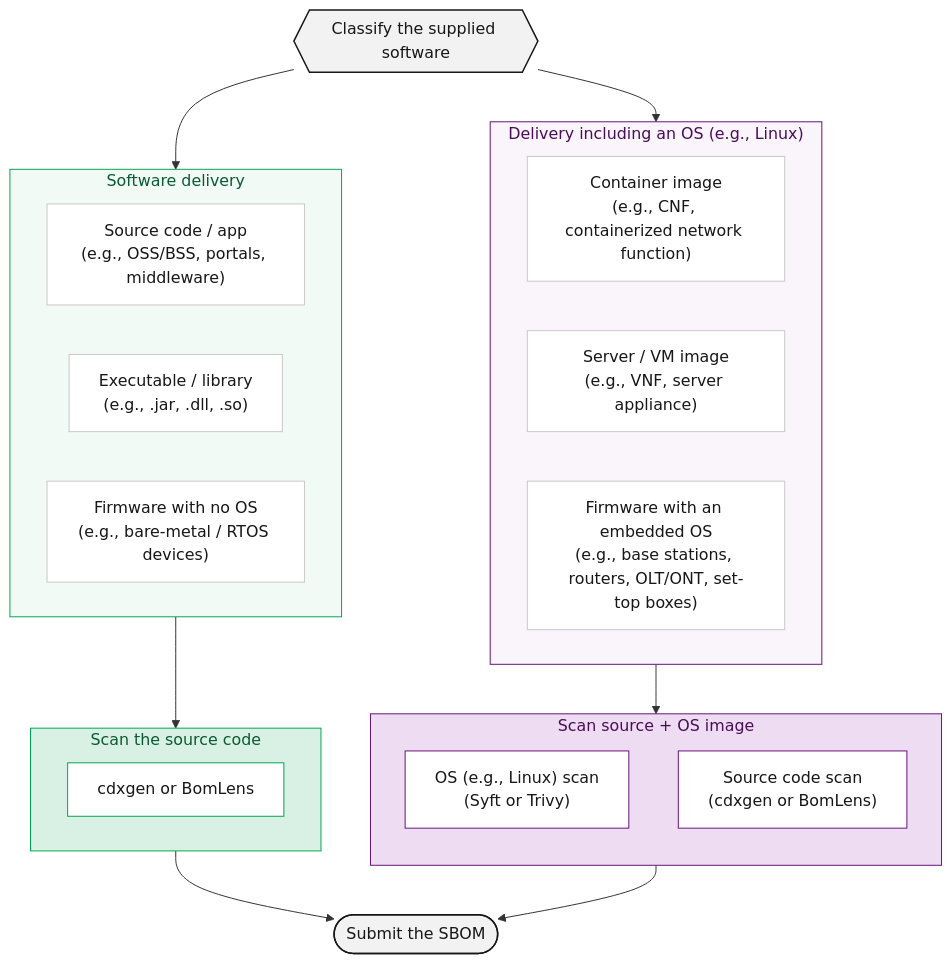
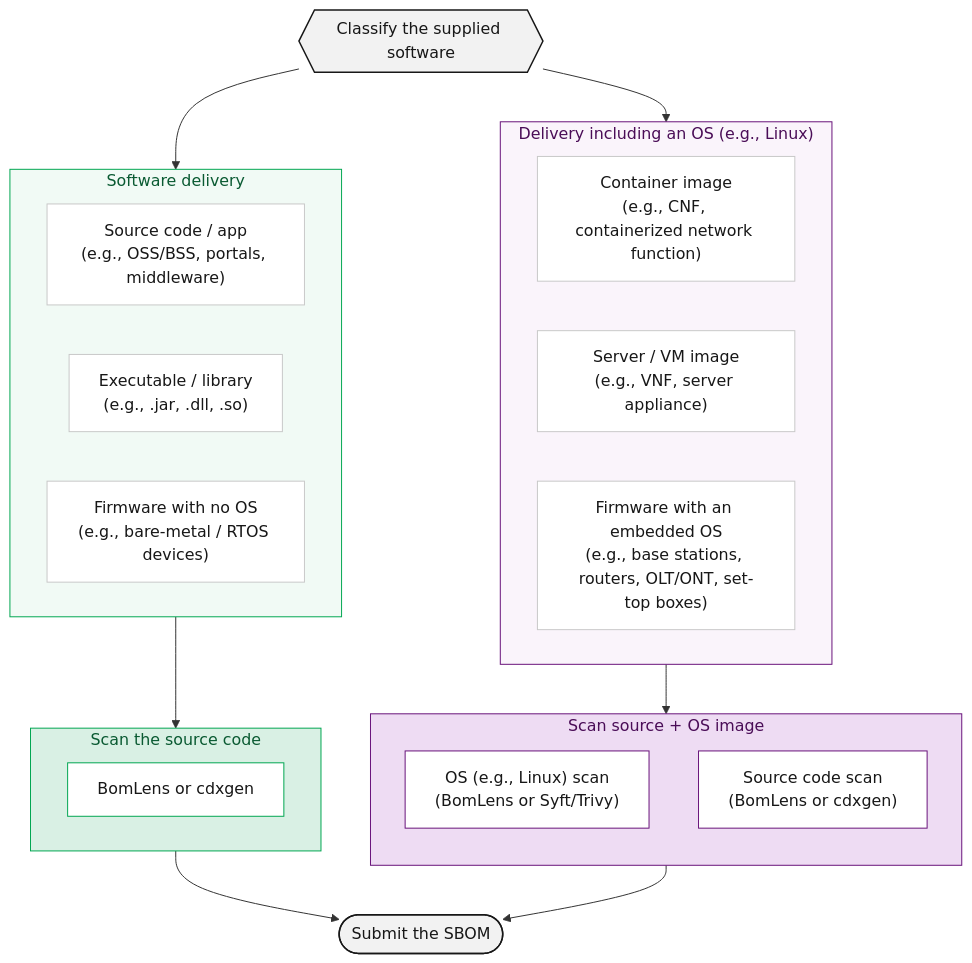
One commit to sktelecom/sktelecom.github.io changed the diagram in content/en/guide/supply-chain/for-suppliers/creation-guide/_index.md. Above: the diagram before and after it, drawn with Mermaid. The commit also changed other lines of this file and 9 other files, not shown here.

First line of the commit message:
docs(supply-chain): recommend BomLens ahead of open source tools

````diff
--- a/content/en/guide/supply-chain/for-suppliers/creation-guide/_index.md
+++ b/content/en/guide/supply-chain/for-suppliers/creation-guide/_index.md
@@ -16,63 +16,63 @@
 ```mermaid
 graph TD
     A{{"Classify the supplied software"}}
 
     subgraph G1["Software delivery"]
       direction LR
       T1["Source code / app<br>(e.g., OSS/BSS, portals, middleware)"]
       T2["Executable / library<br>(e.g., .jar, .dll, .so)"]
       T3["Firmware with no OS<br>(e.g., bare-metal / RTOS devices)"]
     end
 
     subgraph G2["Delivery including an OS (e.g., Linux)"]
       direction LR
       T4["Container image<br>(e.g., CNF, containerized network function)"]
       T5["Server / VM image<br>(e.g., VNF, server appliance)"]
       T6["Firmware with an embedded OS<br>(e.g., base stations, routers, OLT/ONT, set-top boxes)"]
     end
 
     %% Left: source-code scan with an inner box
     subgraph M1["Scan the source code"]
-      M1_Sub["cdxgen or BomLens"]
+      M1_Sub["BomLens or cdxgen"]
     end
 
     %% Right: source + OS image scan with inner boxes (stacked vertically)
     subgraph M2["Scan source + OS image"]
       direction TB
-      M2_Top["OS (e.g., Linux) scan<br>(Syft or Trivy)"]
-      M2_Bottom["Source code scan<br>(cdxgen or BomLens)"]
+      M2_Top["OS (e.g., Linux) scan<br>(BomLens or Syft/Trivy)"]
+      M2_Bottom["Source code scan<br>(BomLens or cdxgen)"]
     end
 
     A --> G1
     A --> G2
     
     %% Connect only to the group borders (one arrow per box)
     G1 --> M1
     G2 --> M2
     
     %% Groups flow to the next step
     M1 --> P(["Submit the SBOM"])
     M2 --> P
 
     classDef start fill:#F2F2F2,stroke:#171717,color:#171717,stroke-width:1.5px
     classDef typebox fill:#ffffff,stroke:#c8c8c8,color:#171717,stroke-width:1px
     classDef submit fill:#F2F2F2,stroke:#171717,color:#171717,stroke-width:1.5px
     
     %% White inner-box styles (left/right border colors)
     classDef subwhite_left fill:#ffffff,stroke:#00A651,color:#171717,stroke-width:1px
     classDef subwhite_right fill:#ffffff,stroke:#68127A,color:#171717,stroke-width:1px
 
     class A start
     class T1,T2,T3,T4,T5,T6 typebox
     class M1_Sub subwhite_left
     class M2_Top,M2_Bottom subwhite_right
     class P submit
 
     style G1 fill:#F1FAF5,stroke:#00A651,stroke-width:1px,color:#0A5A32
     style G2 fill:#FAF4FB,stroke:#68127A,stroke-width:1px,color:#4A0D57
     
     %% Outer group boxes keep their fill and border colors
     style M1 fill:#D9F0E4,stroke:#00A651,stroke-width:1px,color:#0A5A32
     style M2 fill:#EEDCF3,stroke:#68127A,stroke-width:1px,color:#4A0D57
 
 ```
````
